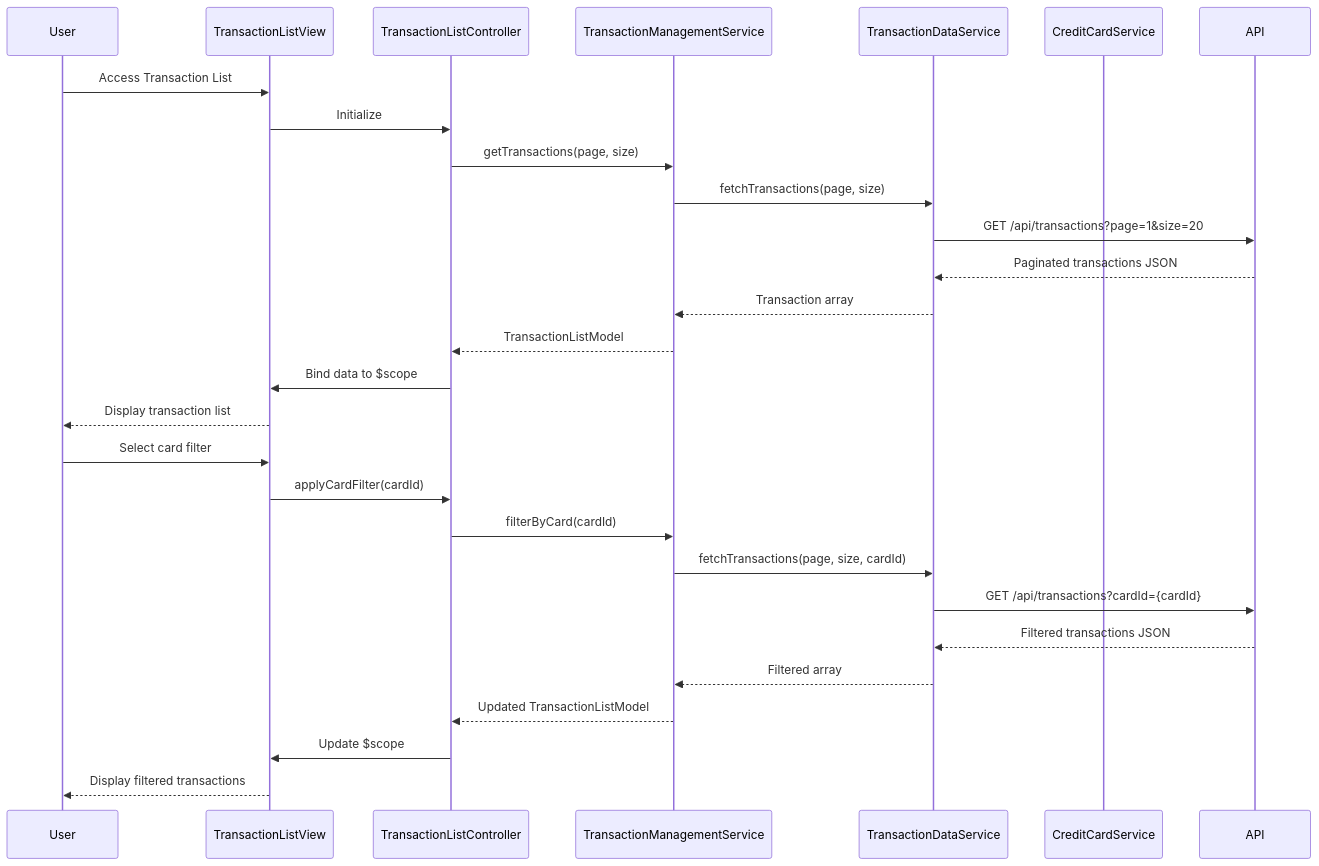
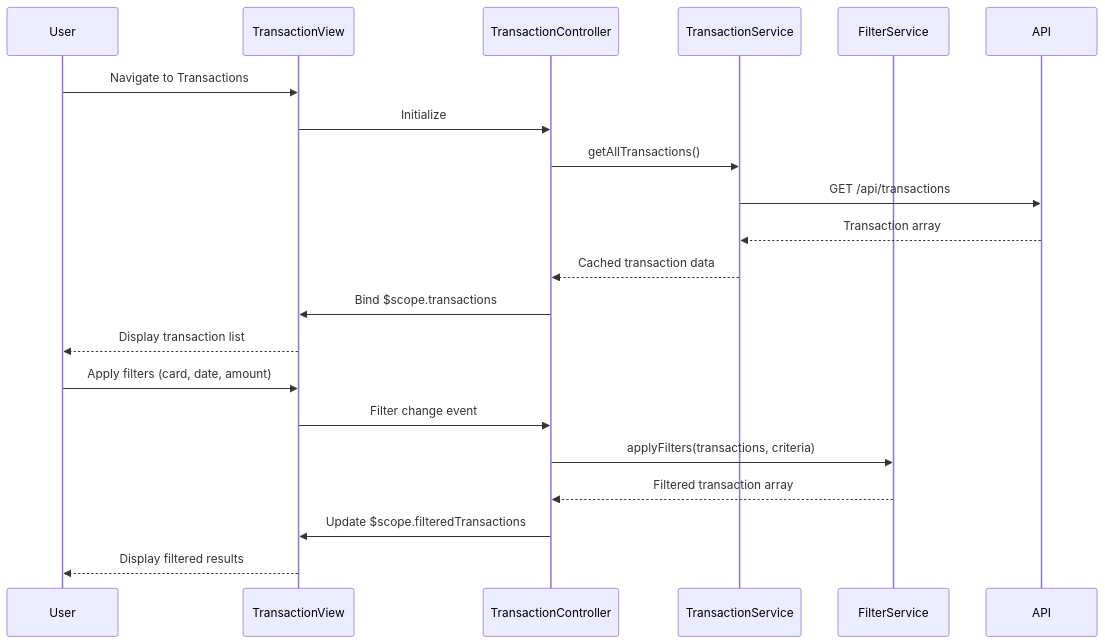
One commit to AAVA-Demo/APB_Demo changed the diagram in LLD/QE-8556_LLD.md. Above: the diagram before and after it, drawn with Mermaid. The commit also changed other lines of this file and 5 other files, not shown here.

````diff
--- a/LLD/QE-8556_LLD.md
+++ b/LLD/QE-8556_LLD.md
@@ -96,31 +77,24 @@
 ```mermaid
 sequenceDiagram
     participant User
-    participant TransactionListView
-    participant TransactionListController
-    participant TransactionManagementService
-    participant TransactionDataService
-    participant CreditCardService
+    participant TransactionView
+    participant TransactionController
+    participant TransactionService
+    participant FilterService
     participant API
 
-    User->>TransactionListView: Access Transaction List
-    TransactionListView->>TransactionListController: Initialize
-    TransactionListController->>TransactionManagementService: getTransactions(page, size)
-    TransactionManagementService->>TransactionDataService: fetchTransactions(page, size)
-    TransactionDataService->>API: GET /api/transactions?page=1&size=20
-    API-->>TransactionDataService: Paginated transactions JSON
-    TransactionDataService-->>TransactionManagementService: Transaction array
-    TransactionManagementService-->>TransactionListController: TransactionListModel
-    TransactionListController->>TransactionListView: Bind data to $scope
-    TransactionListView-->>User: Display transaction list
-    User->>TransactionListView: Select card filter
-    TransactionListView->>TransactionListController: applyCardFilter(cardId)
-    TransactionListController->>TransactionManagementService: filterByCard(cardId)
-    TransactionManagementService->>TransactionDataService: fetchTransactions(page, size, cardId)
-    TransactionDataService->>API: GET /api/transactions?cardId={cardId}
-    API-->>TransactionDataService: Filtered transactions JSON
-    TransactionDataService-->>TransactionManagementService: Filtered array
-    TransactionManagementService-->>TransactionListController: Updated TransactionListModel
-    TransactionListController->>TransactionListView: Update $scope
-    TransactionListView-->>User: Display filtered transactions
+    User->>TransactionView: Navigate to Transactions
+    TransactionView->>TransactionController: Initialize
+    TransactionController->>TransactionService: getAllTransactions()
+    TransactionService->>API: GET /api/transactions
+    API-->>TransactionService: Transaction array
+    TransactionService-->>TransactionController: Cached transaction data
+    TransactionController->>TransactionView: Bind $scope.transactions
+    TransactionView-->>User: Display transaction list
+    User->>TransactionView: Apply filters (card, date, amount)
+    TransactionView->>TransactionController: Filter change event
+    TransactionController->>FilterService: applyFilters(transactions, criteria)
+    FilterService-->>TransactionController: Filtered transaction array
+    TransactionController->>TransactionView: Update $scope.filteredTransactions
+    TransactionView-->>User: Display filtered results
 ```
````
